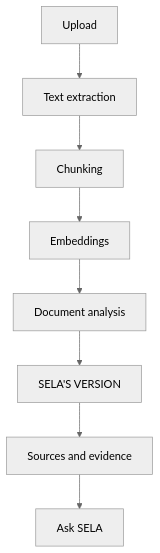
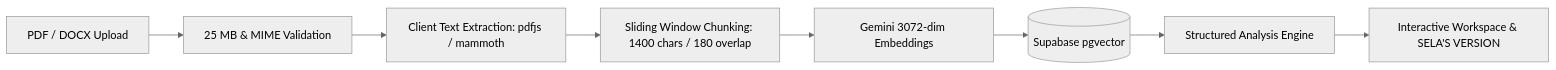
The second of 3 diagrams in README.md (pd585/sela-ai), drawn with Mermaid (neutral theme) before and after one commit. The commit also changed other lines of this file, not shown here.

Commit message:
docs: finalize SELA README

````diff
--- a/README.md
+++ b/README.md
@@ -53,10 +130,10 @@
 ```mermaid
-flowchart TD
-	Upload --> Extract[Text extraction]
-	Extract --> Chunk[Chunking]
-	Chunk --> Embed[Embeddings]
-	Embed --> Analyze[Document analysis]
-	Analyze --> Version[SELA'S VERSION]
-	Version --> Sources[Sources and evidence]
-	Sources --> Ask[Ask SELA]
+flowchart LR
+    Doc[PDF / DOCX Upload] --> Validate[25 MB & MIME Validation]
+    Validate --> Extract[Client Text Extraction: pdfjs / mammoth]
+    Extract --> Chunk[Sliding Window Chunking: 1400 chars / 180 overlap]
+    Chunk --> Embed[Gemini 3072-dim Embeddings]
+    Embed --> Store[(Supabase pgvector)]
+    Store --> Analysis[Structured Analysis Engine]
+    Analysis --> Review[Interactive Workspace & SELA'S VERSION]
 ```
````
